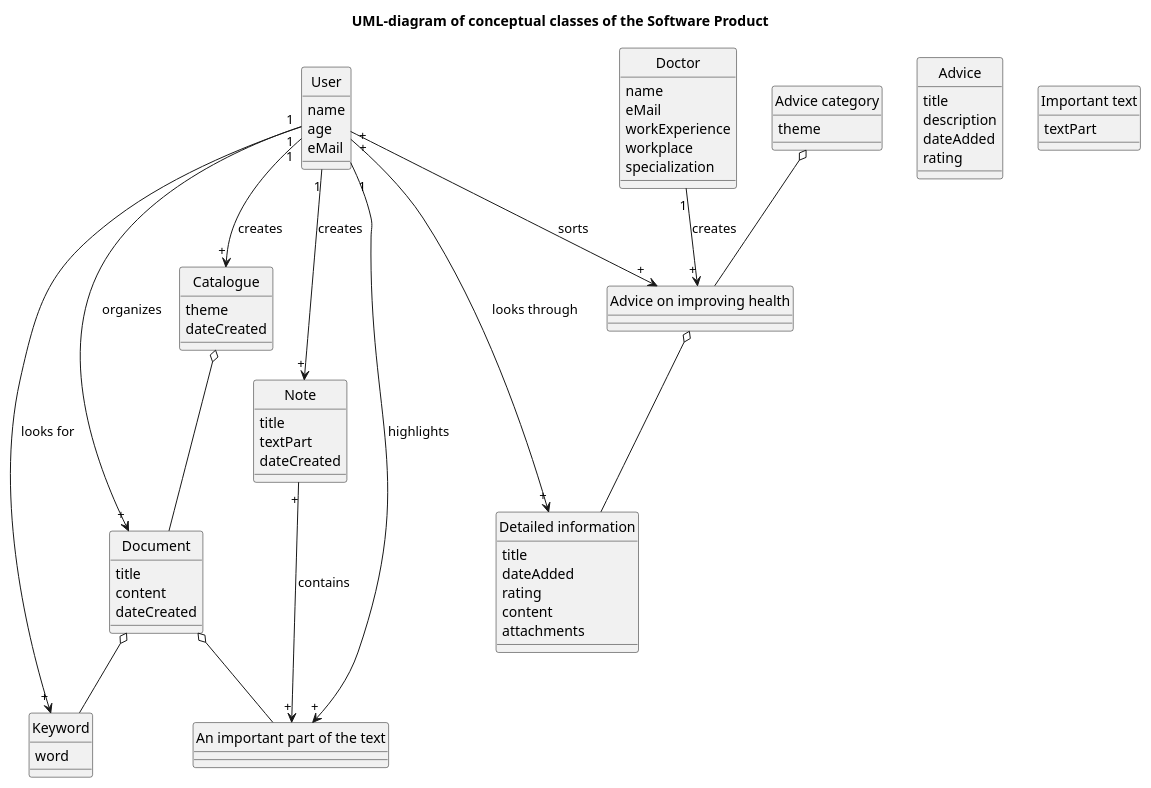
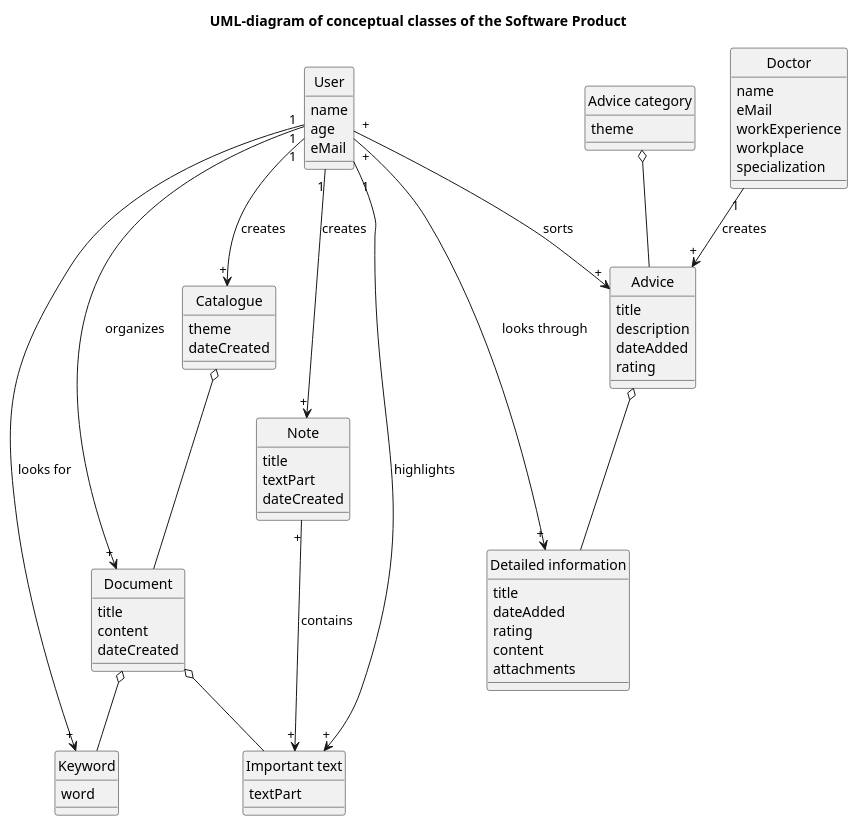
The diagram in UML-ConceptClasses.puml (Wolly348/Additional-repository), drawn with PlantUML before and after one commit.

```diff
--- a/UML-ConceptClasses.puml
+++ b/UML-ConceptClasses.puml
@@ -1,92 +1,92 @@
 @startuml
 
 hide circle
 title UML-diagram of conceptual classes of the Software Product
 
 Class User {
     name
     age
     eMail
 }
 
 Class Doctor {
     name
     eMail
     workExperience
     workplace
     specialization
 }
 
 Class Advice {
     title
     description
     dateAdded
     rating
 }
 
 Class "Advice category" {
     theme
 }
 
 Class "Detailed information" {
     title
     dateAdded
     rating
     content
     attachments
 }
 
 Class Catalogue {
     theme
     dateCreated
 }
 
 Class Document {
     title
     content
     dateCreated
 }
 
 Class Keyword {
     word
 }
 
 Class "Important text" {
     textPart
 }
 
 Class Note {
     title
     textPart
     dateCreated
 }
 
-"Advice category" o-- "Advice on improving health"
+"Advice category" o-- Advice
 
-"Advice on improving health" o-- "Detailed information"
+Advice o-- "Detailed information"
 
 Catalogue o-- Document
 
 Document o-- Keyword
 
-Document o-- "An important part of the text"
+Document o-- "Important text"
 
-Doctor"1" --> "+""Advice on improving health" : creates
+Doctor"1" --> "+"Advice : creates
 
-User"+" --> "+""Advice on improving health" : sorts 
+User"+" --> "+"Advice : sorts 
 
 User"+" --> "+""Detailed information" : looks through 
 
 User"1" --> "+"Catalogue : creates
 
 User"1" --> "+"Document : organizes
 
 User"1" --> "+"Keyword : looks for
 
-User"1" --> "+""An important part of the text" : highlights
+User"1" --> "+""Important text" : highlights
 
 User"1" --> "+"Note : creates
 
-Note"+" --> "+""An important part of the text" : contains
+Note"+" --> "+""Important text" : contains
 
 @enduml
```
